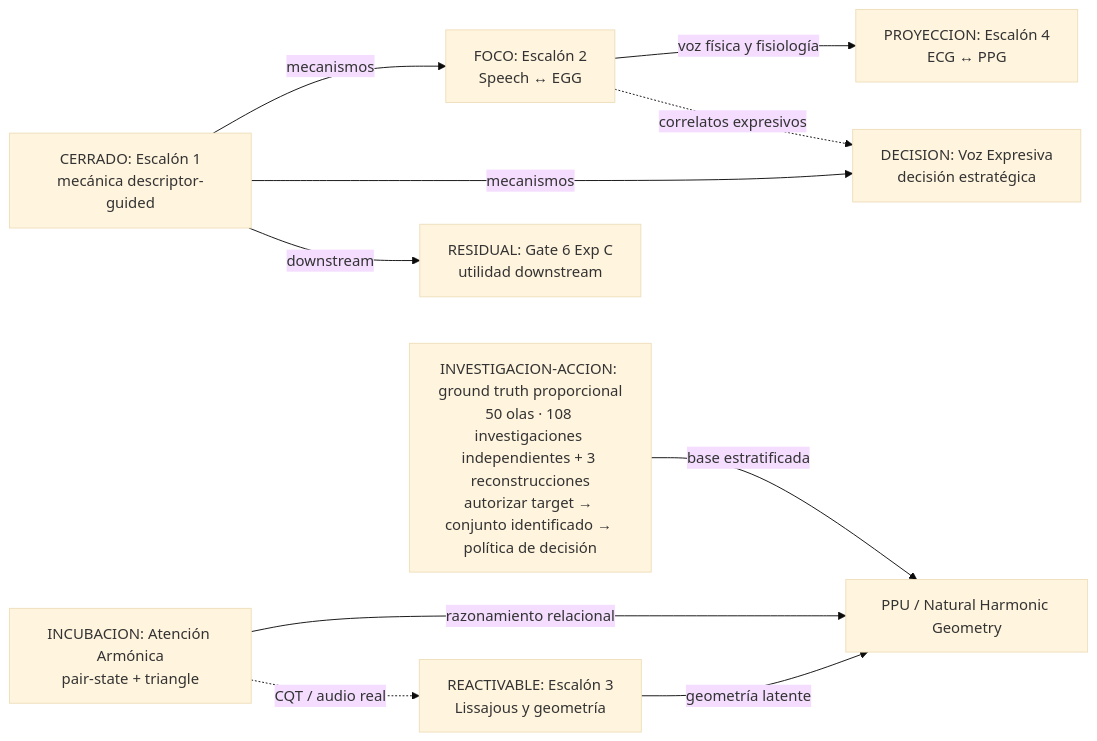
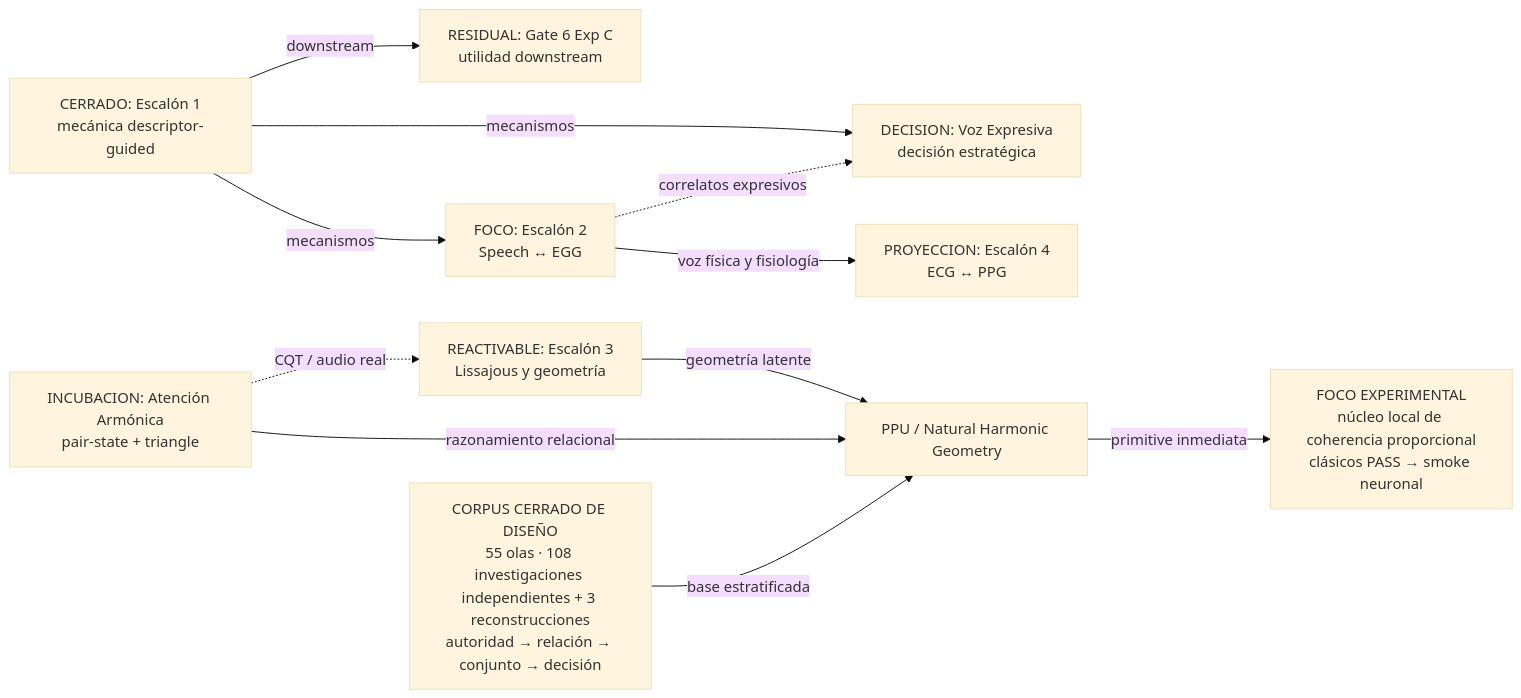
One commit to Mar-IA-no/Phideus changed the first of 2 diagrams in Documents/05_WIKI/MAPA_VISUAL_DEL_PROGRAMA.md. Above: the diagram before and after it, drawn with Mermaid (base theme). The commit also changed other lines of this file and 19 other files, not shown here.

Commit message:
feat: materialize proportional graph preflight

````diff
--- a/Documents/05_WIKI/MAPA_VISUAL_DEL_PROGRAMA.md
+++ b/Documents/05_WIKI/MAPA_VISUAL_DEL_PROGRAMA.md
@@ -36,22 +36,24 @@
 ```mermaid
 flowchart LR
     E1["CERRADO: Escalón 1<br/>mecánica descriptor-guided"]
     G6["RESIDUAL: Gate 6 Exp C<br/>utilidad downstream"]
     E2["FOCO: Escalón 2<br/>Speech ↔ EGG"]
     VE["DECISION: Voz Expresiva<br/>decisión estratégica"]
     E3["REACTIVABLE: Escalón 3<br/>Lissajous y geometría"]
     AA["INCUBACION: Atención Armónica<br/>pair-state + triangle"]
     E4["PROYECCION: Escalón 4<br/>ECG ↔ PPG"]
     PPU["PPU / Natural Harmonic Geometry"]
-    GT["INVESTIGACION-ACCION: ground truth proporcional<br/>50 olas · 108 investigaciones independientes + 3 reconstrucciones<br/>autorizar target → conjunto identificado → política de decisión"]
+    GT["CORPUS CERRADO DE DISEÑO<br/>55 olas · 108 investigaciones independientes + 3 reconstrucciones<br/>autoridad → relación → conjunto → decisión"]
+    NCP["FOCO EXPERIMENTAL<br/>núcleo local de coherencia proporcional<br/>clásicos PASS → smoke neuronal"]
 
     E1 -->|mecanismos| E2
     E1 -->|mecanismos| VE
     E1 -->|downstream| G6
     E2 -->|voz física y fisiología| E4
     E2 -.->|correlatos expresivos| VE
     E3 -->|geometría latente| PPU
     AA -->|razonamiento relacional| PPU
     GT -->|base estratificada| PPU
+    PPU -->|primitive inmediata| NCP
     AA -.->|CQT / audio real| E3
 ```
````
